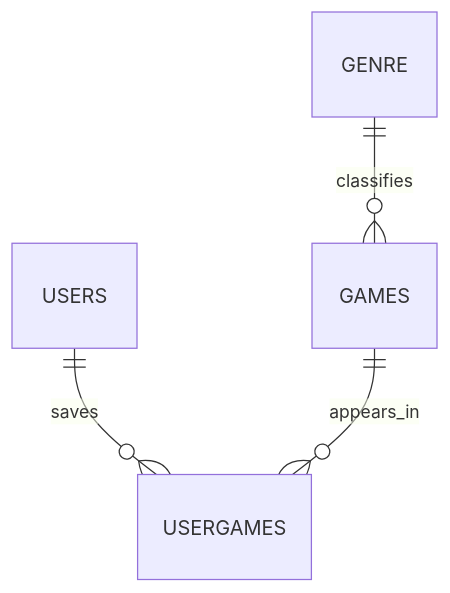
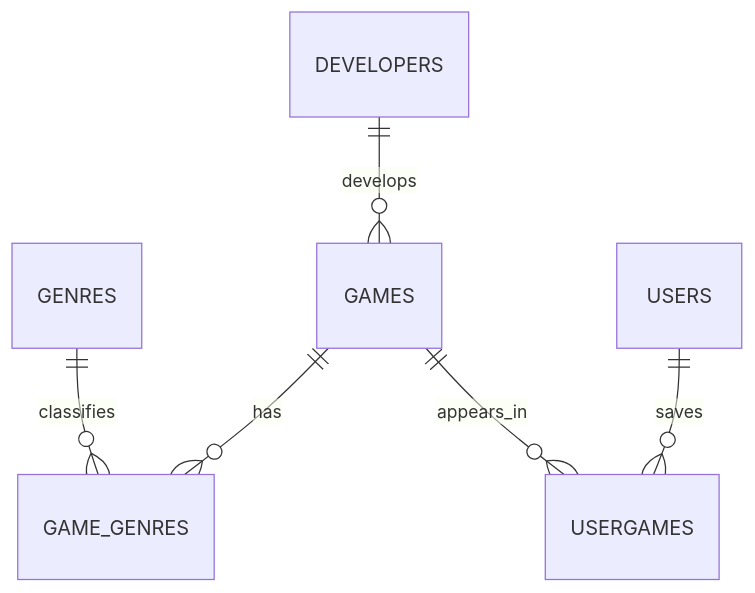
Before and after one commit to BudgetvIncorporated/Java-Database-Starter: the diagram in java-database-starter/PROJECT_PLAN.md, drawn with Mermaid. The commit also changed other lines of this file and 14 other files, not shown here.

````diff
--- a/java-database-starter/PROJECT_PLAN.md
+++ b/java-database-starter/PROJECT_PLAN.md
@@ -12,6 +12,8 @@
 ```mermaid
 erDiagram
-    GENRE ||--o{ GAMES : classifies
+    DEVELOPERS ||--o{ GAMES : develops
+    GAMES ||--o{ GAME_GENRES : has
+    GENRES ||--o{ GAME_GENRES : classifies
     USERS ||--o{ USERGAMES : saves
     GAMES ||--o{ USERGAMES : appears_in
 ```
````
